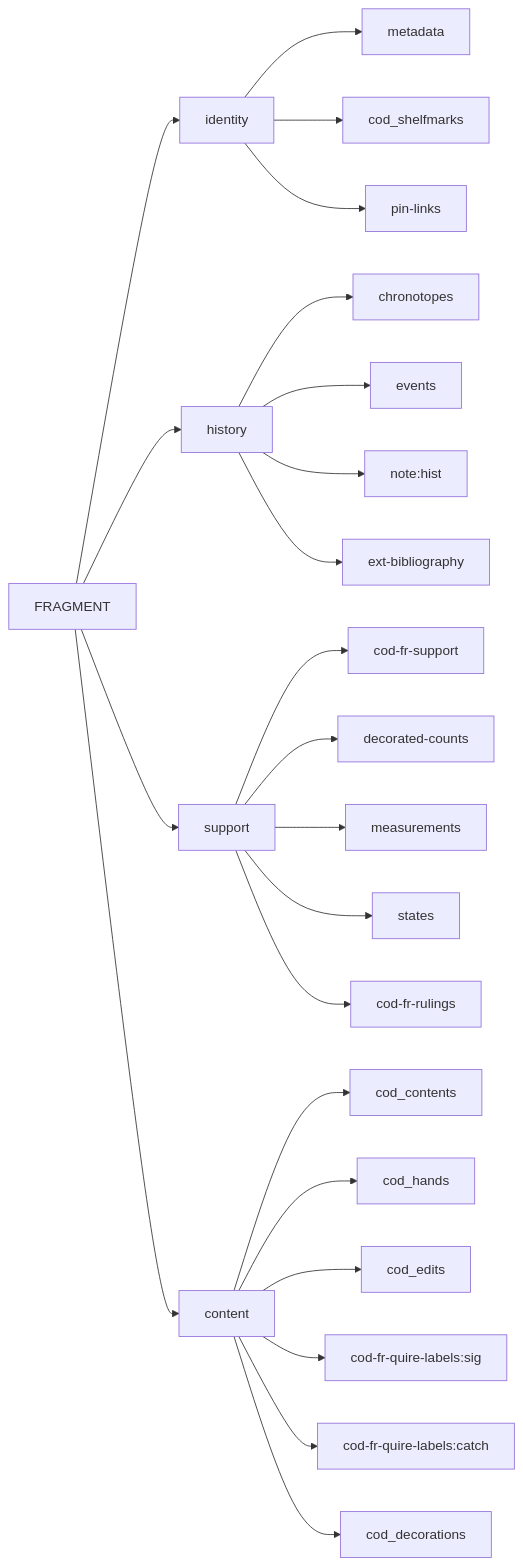
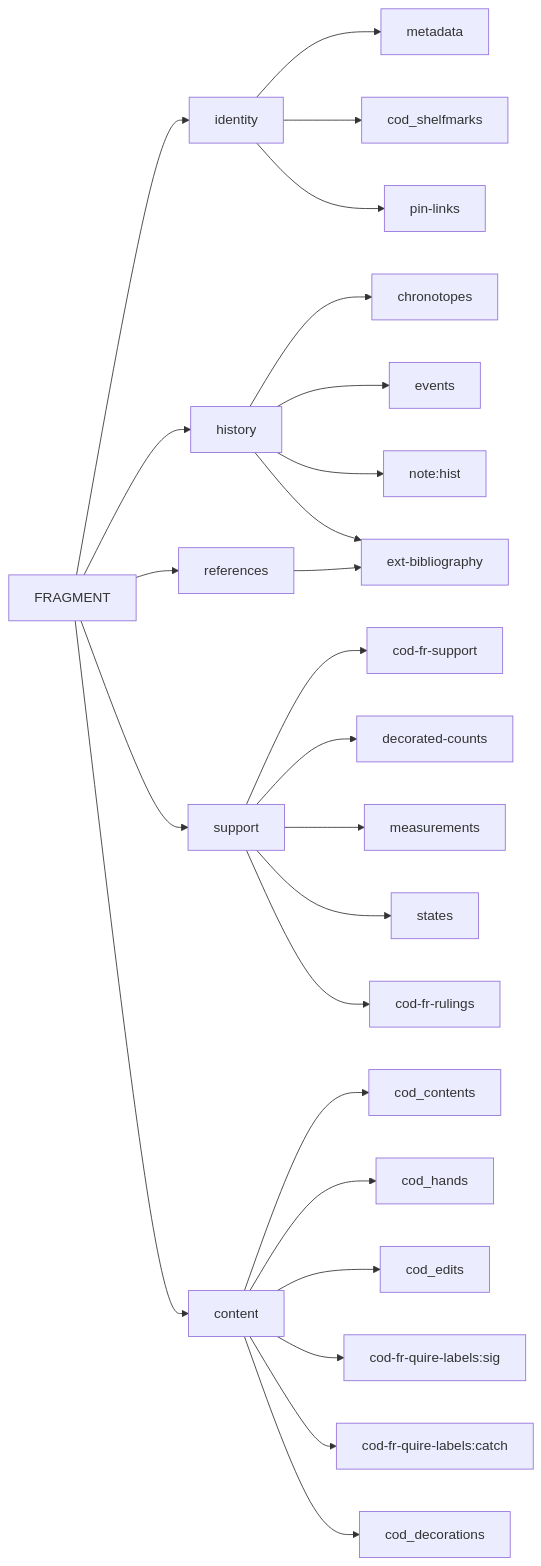
One commit to vedph/cadmus-ndp-frac changed the diagram in README.md. Above: the diagram before and after it, drawn with Mermaid. The commit also changed other lines of this file, not shown here.

````diff
--- a/README.md
+++ b/README.md
@@ -23,25 +23,27 @@
 ```mermaid
 graph LR;
 FRAGMENT --> identity
 identity --> metadata
 identity --> cod_shelfmarks
 identity --> pin-links
 FRAGMENT --> history
 history --> chronotopes
 history --> events
 history --> note:hist
 history --> ext-bibliography
 FRAGMENT --> support
 support --> cod-fr-support
 support --> decorated-counts
 support --> measurements
 support --> states
 support --> cod-fr-rulings
 FRAGMENT --> content
 content --> cod_contents
 content --> cod_hands
 content --> cod_edits
 content --> cod-fr-quire-labels:sig
 content --> cod-fr-quire-labels:catch
 content --> cod_decorations
+FRAGMENT --> references
+references --> ext-bibliography
 ```
````
